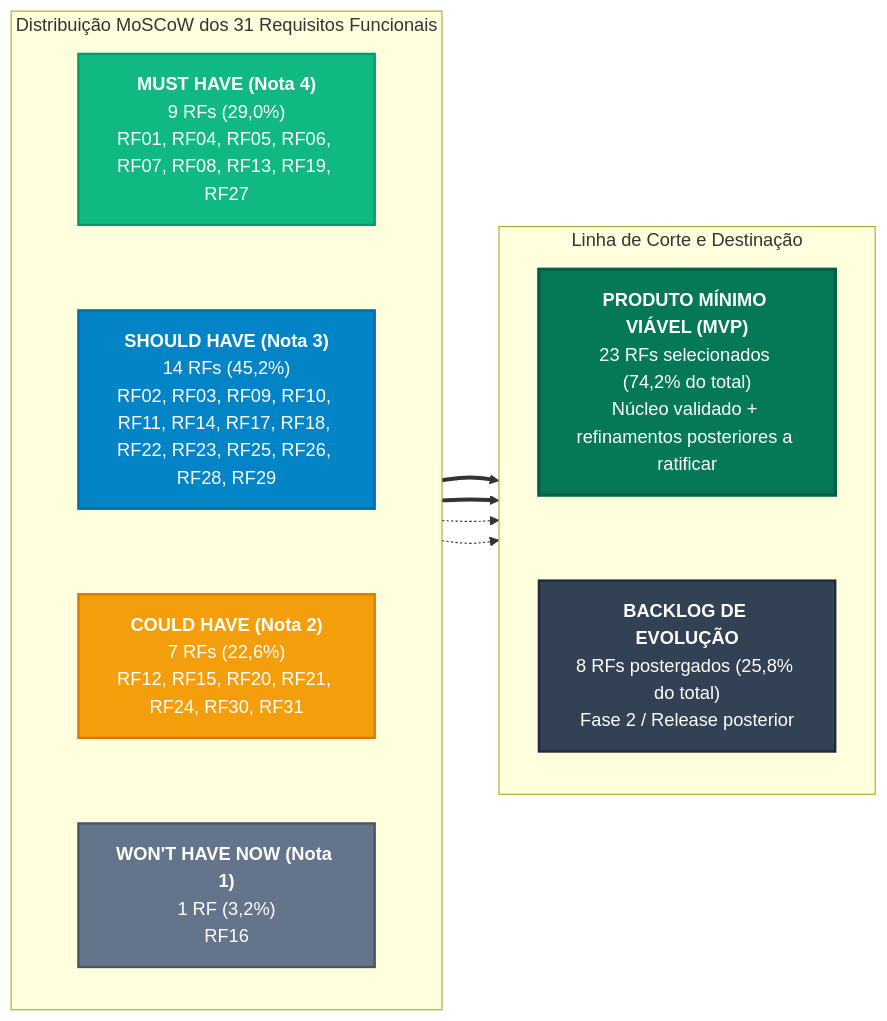
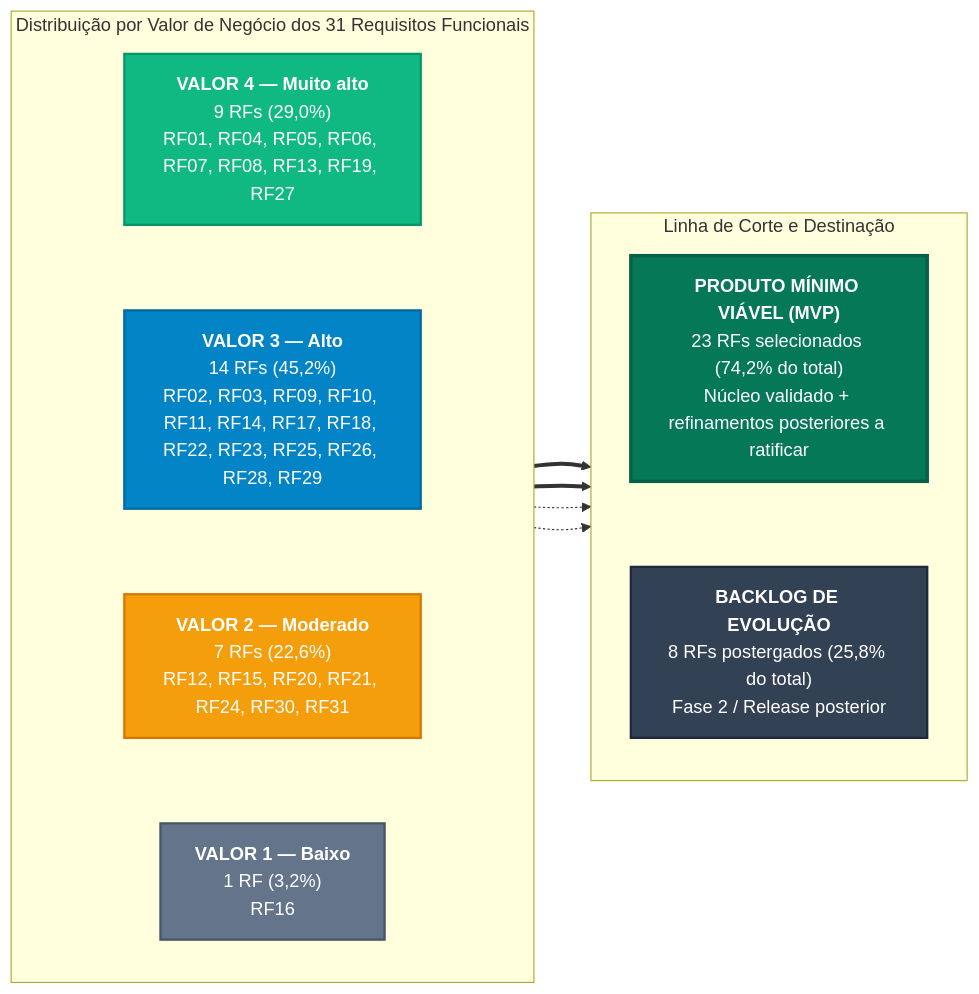
Before and after one commit to mdsreq-fga-unb/REQ-2026.2-T01-DUOC-Finance: the first of 3 diagrams in docs/requisitos/priorizacao.md, drawn with Mermaid. The commit also changed other lines of this file, not shown here.

Commit message:
docs: refatoração da priorização e retirada moscow

````diff
--- a/docs/requisitos/priorizacao.md
+++ b/docs/requisitos/priorizacao.md
@@ -76,39 +76,39 @@
 ```mermaid
 flowchart LR
-    subgraph MOSCOW["Distribuição MoSCoW dos 31 Requisitos Funcionais"]
+    subgraph NIVEIS["Distribuição por Valor de Negócio dos 31 Requisitos Funcionais"]
         direction TB
-        M["<b>MUST HAVE (Nota 4)</b><br>9 RFs (29,0%)<br>RF01, RF04, RF05, RF06, RF07, RF08, RF13, RF19, RF27"]
-        S["<b>SHOULD HAVE (Nota 3)</b><br>14 RFs (45,2%)<br>RF02, RF03, RF09, RF10, RF11, RF14, RF17, RF18, RF22, RF23, RF25, RF26, RF28, RF29"]
-        C["<b>COULD HAVE (Nota 2)</b><br>7 RFs (22,6%)<br>RF12, RF15, RF20, RF21, RF24, RF30, RF31"]
-        W["<b>WON'T HAVE NOW (Nota 1)</b><br>1 RF (3,2%)<br>RF16"]
-        M ~~~ S
-        S ~~~ C
-        C ~~~ W
+        V4["<b>VALOR 4 — Muito alto</b><br>9 RFs (29,0%)<br>RF01, RF04, RF05, RF06, RF07, RF08, RF13, RF19, RF27"]
+        V3["<b>VALOR 3 — Alto</b><br>14 RFs (45,2%)<br>RF02, RF03, RF09, RF10, RF11, RF14, RF17, RF18, RF22, RF23, RF25, RF26, RF28, RF29"]
+        V2["<b>VALOR 2 — Moderado</b><br>7 RFs (22,6%)<br>RF12, RF15, RF20, RF21, RF24, RF30, RF31"]
+        V1["<b>VALOR 1 — Baixo</b><br>1 RF (3,2%)<br>RF16"]
+        V4 ~~~ V3
+        V3 ~~~ V2
+        V2 ~~~ V1
     end
 
     subgraph DEST["Linha de Corte e Destinação"]
         direction TB
         MVP["<b>PRODUTO MÍNIMO VIÁVEL (MVP)</b><br>23 RFs selecionados (74,2% do total)<br>Núcleo validado + refinamentos posteriores a ratificar"]
         POST["<b>BACKLOG DE EVOLUÇÃO</b><br>8 RFs postergados (25,8% do total)<br>Fase 2 / Release posterior"]
         MVP ~~~ POST
     end
 
-    M ==> MVP
-    S ==> MVP
-    C -.-> POST
-    W -.-> POST
+    V4 ==> MVP
+    V3 ==> MVP
+    V2 -.-> POST
+    V1 -.-> POST
 
-    classDef mustClass fill:#10b981,stroke:#059669,stroke-width:2px,color:#ffffff;
-    classDef shouldClass fill:#0284c7,stroke:#0369a1,stroke-width:2px,color:#ffffff;
-    classDef couldClass fill:#f59e0b,stroke:#d97706,stroke-width:2px,color:#ffffff;
-    classDef wontClass fill:#64748b,stroke:#475569,stroke-width:2px,color:#ffffff;
+    classDef v4Class fill:#10b981,stroke:#059669,stroke-width:2px,color:#ffffff;
+    classDef v3Class fill:#0284c7,stroke:#0369a1,stroke-width:2px,color:#ffffff;
+    classDef v2Class fill:#f59e0b,stroke:#d97706,stroke-width:2px,color:#ffffff;
+    classDef v1Class fill:#64748b,stroke:#475569,stroke-width:2px,color:#ffffff;
     classDef mvpClass fill:#047857,stroke:#065f46,stroke-width:3px,color:#ffffff;
     classDef postClass fill:#334155,stroke:#1e293b,stroke-width:2px,color:#ffffff;
 
-    class M mustClass;
-    class S shouldClass;
-    class C couldClass;
-    class W wontClass;
+    class V4 v4Class;
+    class V3 v3Class;
+    class V2 v2Class;
+    class V1 v1Class;
     class MVP mvpClass;
     class POST postClass;
 ```
````
